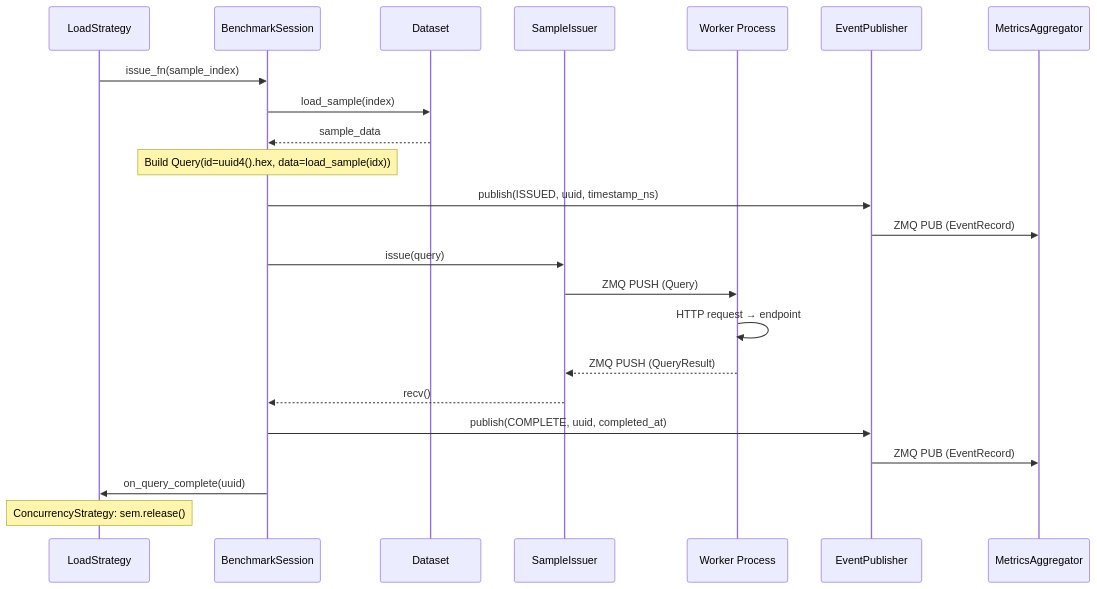
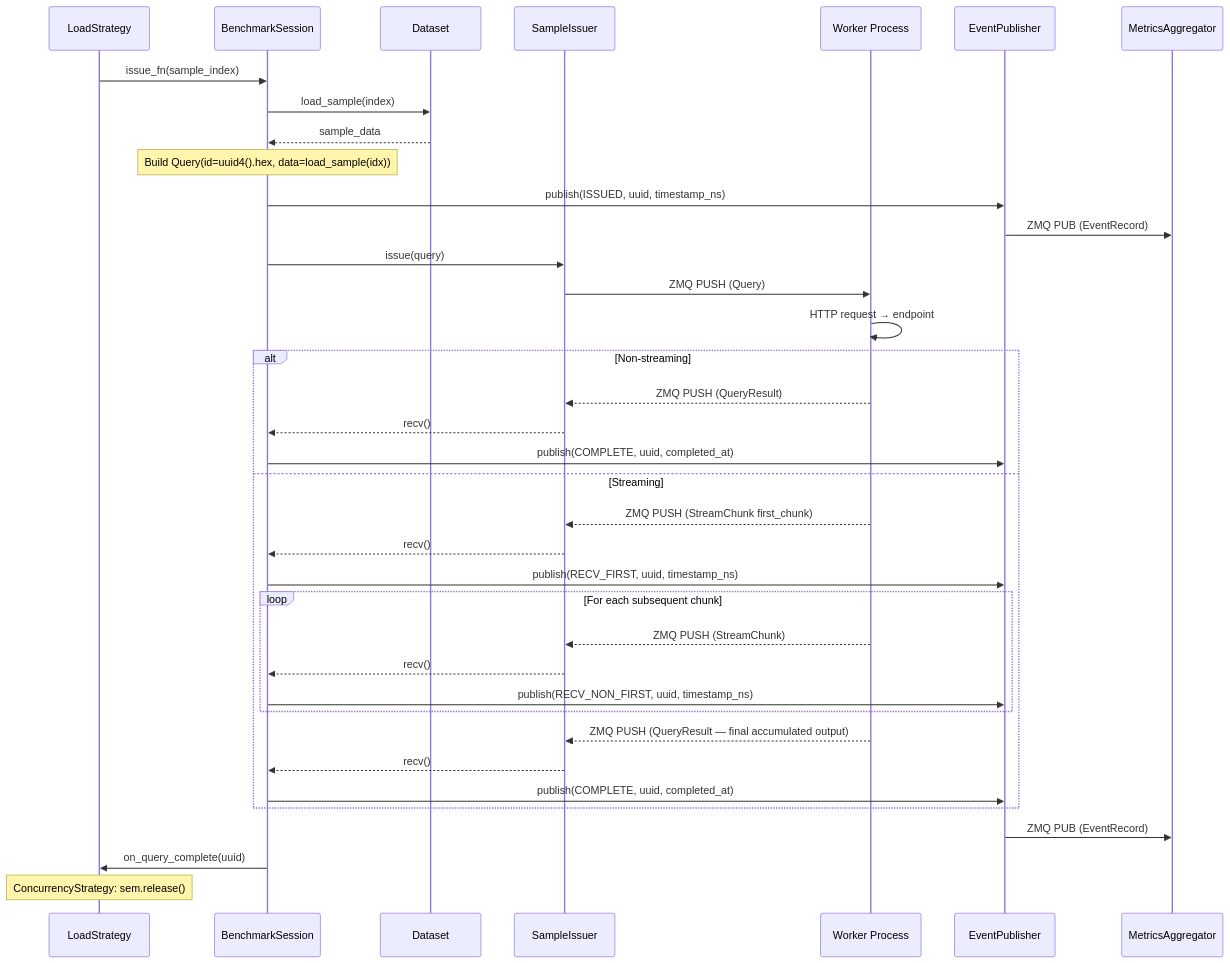
One commit to mlcommons/endpoints changed the first of 5 diagrams in docs/load_generator/DESIGN.md. Above: the diagram before and after it, drawn with Mermaid.

Commit message:
Add non-first chunks to load generator data flow diagram

````diff
--- a/docs/load_generator/DESIGN.md
+++ b/docs/load_generator/DESIGN.md
@@ -515,26 +515,42 @@
 ```mermaid
 sequenceDiagram
     participant S as LoadStrategy
     participant B as BenchmarkSession
     participant D as Dataset
     participant I as SampleIssuer
     participant W as Worker Process
     participant E as EventPublisher
     participant M as MetricsAggregator
 
     S->>B: issue_fn(sample_index)
     B->>D: load_sample(index)
     D-->>B: sample_data
     Note over B: Build Query(id=uuid4().hex, data=load_sample(idx))
     B->>E: publish(ISSUED, uuid, timestamp_ns)
     E->>M: ZMQ PUB (EventRecord)
     B->>I: issue(query)
     I->>W: ZMQ PUSH (Query)
     W->>W: HTTP request → endpoint
-    W-->>I: ZMQ PUSH (QueryResult)
-    I-->>B: recv()
-    B->>E: publish(COMPLETE, uuid, completed_at)
+
+    alt Non-streaming
+        W-->>I: ZMQ PUSH (QueryResult)
+        I-->>B: recv()
+        B->>E: publish(COMPLETE, uuid, completed_at)
+    else Streaming
+        W-->>I: ZMQ PUSH (StreamChunk first_chunk)
+        I-->>B: recv()
+        B->>E: publish(RECV_FIRST, uuid, timestamp_ns)
+        loop For each subsequent chunk
+            W-->>I: ZMQ PUSH (StreamChunk)
+            I-->>B: recv()
+            B->>E: publish(RECV_NON_FIRST, uuid, timestamp_ns)
+        end
+        W-->>I: ZMQ PUSH (QueryResult — final accumulated output)
+        I-->>B: recv()
+        B->>E: publish(COMPLETE, uuid, completed_at)
+    end
+
     E->>M: ZMQ PUB (EventRecord)
     B->>S: on_query_complete(uuid)
     Note over S: ConcurrencyStrategy: sem.release()
 ```
````
